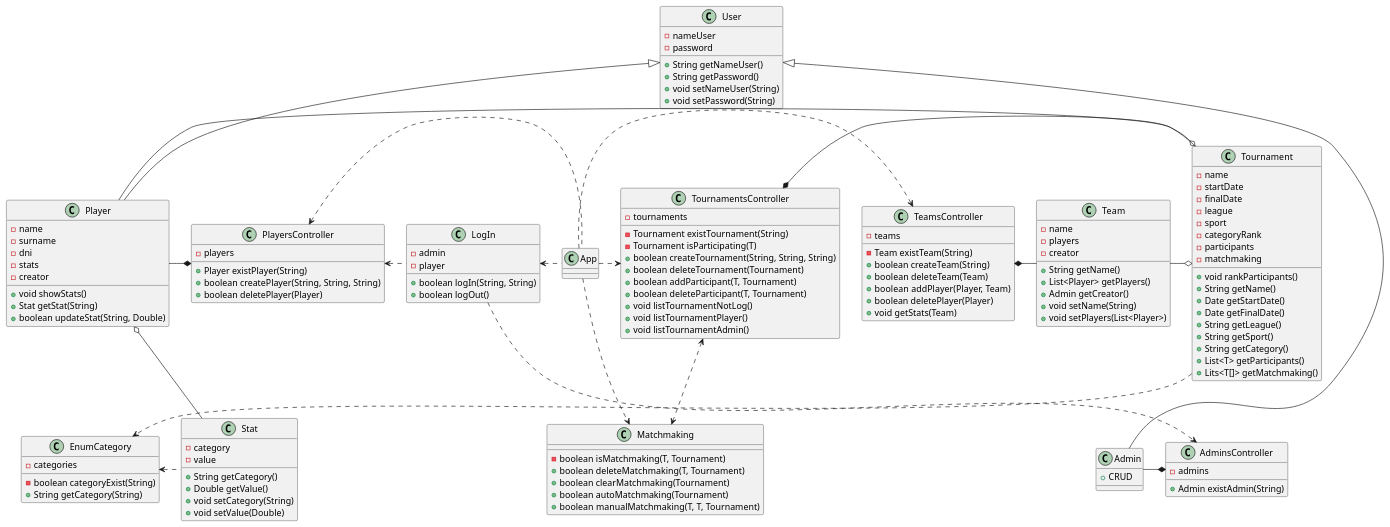
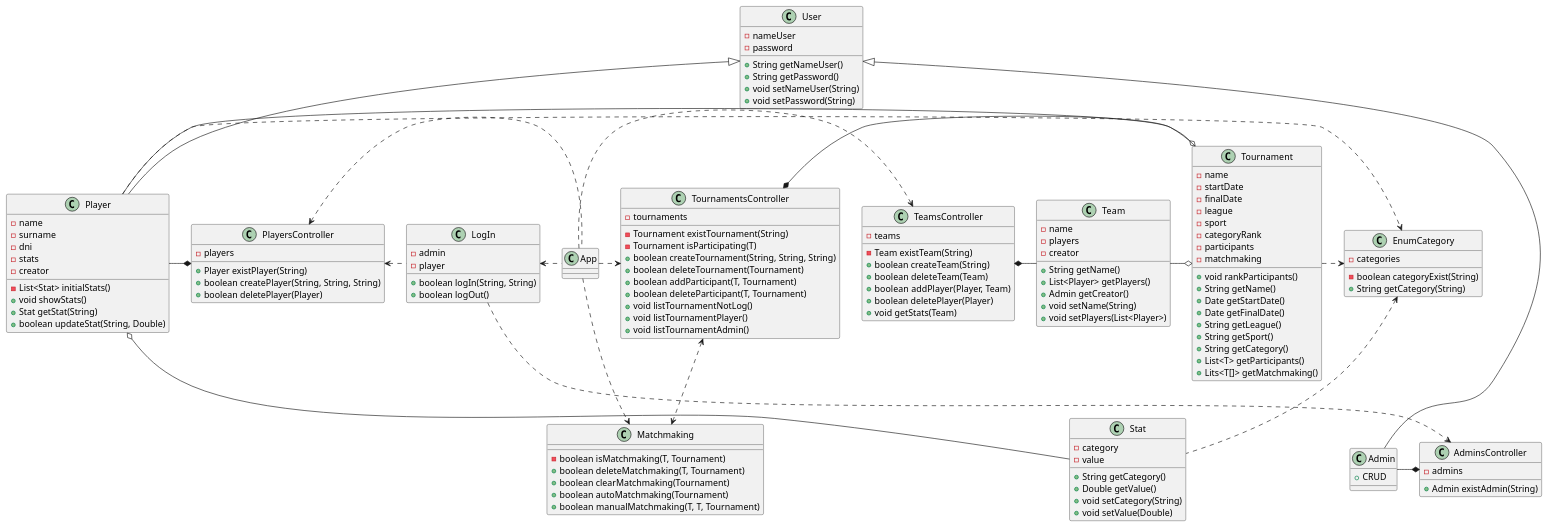
Before and after one commit to AlbertoArpa/POO2: the diagram in documents/uml.puml, drawn with PlantUML. The commit also changed 6 other files, not shown here.

```diff
--- a/documents/uml.puml
+++ b/documents/uml.puml
@@ -1,143 +1,145 @@
 @startuml
 
 Player -* PlayersController
 TournamentsController *- Tournament
 TeamsController *- Team
 TournamentsController <.> Matchmaking
 Stat --o Player
 Player -o Tournament
+Player .> EnumCategory
 Team -o Tournament
 EnumCategory <. Stat
 PlayersController <. LogIn
 LogIn ..> AdminsController
 Tournament .> EnumCategory
 Admin -* AdminsController
 LogIn <. App
 PlayersController <. App
 App .> TournamentsController
 App ..> Matchmaking
 App .> TeamsController
 
 class App{}
 
 class User{
     -nameUser
     -password
     +String getNameUser()
     +String getPassword()
     +void setNameUser(String)
     +void setPassword(String)
 }
 
 class Player extends User{
     -name
     -surname
     -dni
     -stats
     -creator
+    -List<Stat> initialStats()
     +void showStats()
     +Stat getStat(String)
     +boolean updateStat(String, Double)
 }
 
 class Admin extends User{
     +CRUD
 }
 
 class EnumCategory{
     -categories
     -boolean categoryExist(String)
     +String getCategory(String)
 }
 
 class Stat{
     -category
     -value
     +String getCategory()
     +Double getValue()
     +void setCategory(String)
     +void setValue(Double)
 }
 
 class Team{
     -name
     -players
     -creator
     +String getName()
     +List<Player> getPlayers()
     +Admin getCreator()
     +void setName(String)
     +void setPlayers(List<Player>)
 }
 
 class Matchmaking{
     -boolean isMatchmaking(T, Tournament)
     +boolean deleteMatchmaking(T, Tournament)
     +boolean clearMatchmaking(Tournament)
     +boolean autoMatchmaking(Tournament)
     +boolean manualMatchmaking(T, T, Tournament)
 }
 
 class Tournament{
     -name
     -startDate
     -finalDate
     -league
     -sport
     -categoryRank
     -participants
     -matchmaking
     +void rankParticipants()
     +String getName()
     +Date getStartDate()
     +Date getFinalDate()
     +String getLeague()
     +String getSport()
     +String getCategory()
     +List<T> getParticipants()
     +Lits<T[]> getMatchmaking()
 }
 
 class AdminsController{
     -admins
     +Admin existAdmin(String)
 }
 
 class PlayersController{
     -players
     +Player existPlayer(String)
     +boolean createPlayer(String, String, String)
     +boolean deletePlayer(Player)
 }
 
 class LogIn{
     -admin
     -player
     +boolean logIn(String, String)
     +boolean logOut()
 }
 
 class TournamentsController{
     -tournaments
     -Tournament existTournament(String)
     -Tournament isParticipating(T)
     +boolean createTournament(String, String, String)
     +boolean deleteTournament(Tournament)
     +boolean addParticipant(T, Tournament)
     +boolean deleteParticipant(T, Tournament)
     +void listTournamentNotLog()
     +void listTournamentPlayer()
     +void listTournamentAdmin()
 }
 
 class TeamsController{
     -teams
     -Team existTeam(String)
     +boolean createTeam(String)
     +boolean deleteTeam(Team)
     +boolean addPlayer(Player, Team)
     +boolean deletePlayer(Player)
     +void getStats(Team)
 }
 
 @enduml
```
